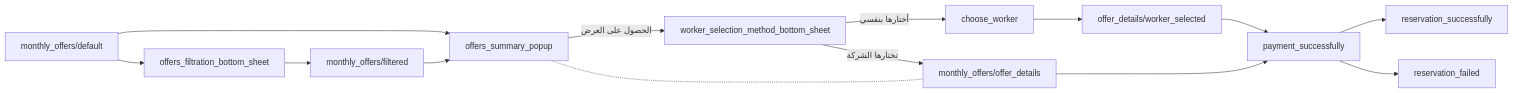
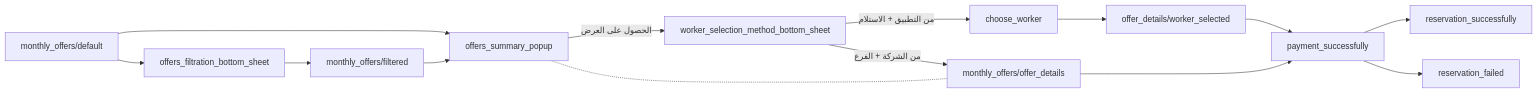
One commit to mmsanad7/belkhedma changed the diagram in project/product/features/monthly-and-medical.md. Above: the diagram before and after it, drawn with Mermaid. The commit also changed other lines of this file and 10 other files, not shown here.

````diff
--- a/project/product/features/monthly-and-medical.md
+++ b/project/product/features/monthly-and-medical.md
@@ -7,15 +7,15 @@
 ```mermaid
 flowchart LR
     A["monthly_offers/default"] --> F["offers_filtration_bottom_sheet"]
     F --> A2["monthly_offers/filtered"]
     A --> P["offers_summary_popup"]
     A2 --> P
     P -->|"الحصول على العرض"| WM["worker_selection_method_bottom_sheet"]
-    WM -->|"تختارها الشركة"| D
-    WM -->|"أختارها بنفسي"| CW["choose_worker"] --> D2["offer_details/worker_selected"]
+    WM -->|"من الشركة + الفرع"| D
+    WM -->|"من التطبيق + الاستلام"| CW["choose_worker"] --> D2["offer_details/worker_selected"]
     D2 --> PS
     P -.- D["monthly_offers/offer_details"]
     D --> PS["payment_successfully"]
     PS --> OK["reservation_successfully"]
     PS --> FAIL["reservation_failed"]
 ```
````
